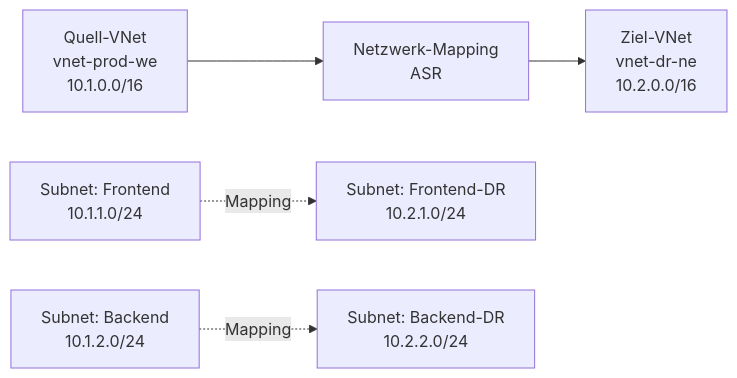
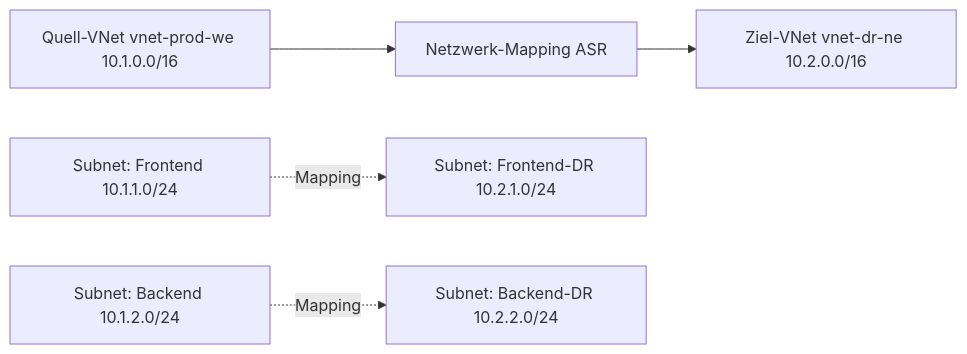
Before and after one commit to SoniiiT/notes-n-docs: the sixth of 6 diagrams in Microsoft 365/Azure/Monitor und Management/Azure Site Recovery.md, drawn with Mermaid. The commit also changed other lines of this file and 124 other files, not shown here.

First line of the commit message:
fix: Entferne \n aus allen Mermaid-Diagrammen (125 Dateien)

````diff
--- a/Microsoft 365/Azure/Monitor und Management/Azure Site Recovery.md
+++ b/Microsoft 365/Azure/Monitor und Management/Azure Site Recovery.md
@@ -284,7 +284,7 @@
 ```mermaid
 graph LR
-    A[Quell-VNet\nvnet-prod-we\n10.1.0.0/16] --> B[Netzwerk-Mapping\nASR]
-    B --> C[Ziel-VNet\nvnet-dr-ne\n10.2.0.0/16]
-    A1[Subnet: Frontend\n10.1.1.0/24] -.->|Mapping| C1[Subnet: Frontend-DR\n10.2.1.0/24]
-    A2[Subnet: Backend\n10.1.2.0/24] -.->|Mapping| C2[Subnet: Backend-DR\n10.2.2.0/24]
+    A[Quell-VNet vnet-prod-we 10.1.0.0/16] --> B[Netzwerk-Mapping ASR]
+    B --> C[Ziel-VNet vnet-dr-ne 10.2.0.0/16]
+    A1[Subnet: Frontend 10.1.1.0/24] -.->|Mapping| C1[Subnet: Frontend-DR 10.2.1.0/24]
+    A2[Subnet: Backend 10.1.2.0/24] -.->|Mapping| C2[Subnet: Backend-DR 10.2.2.0/24]
 ```
````
